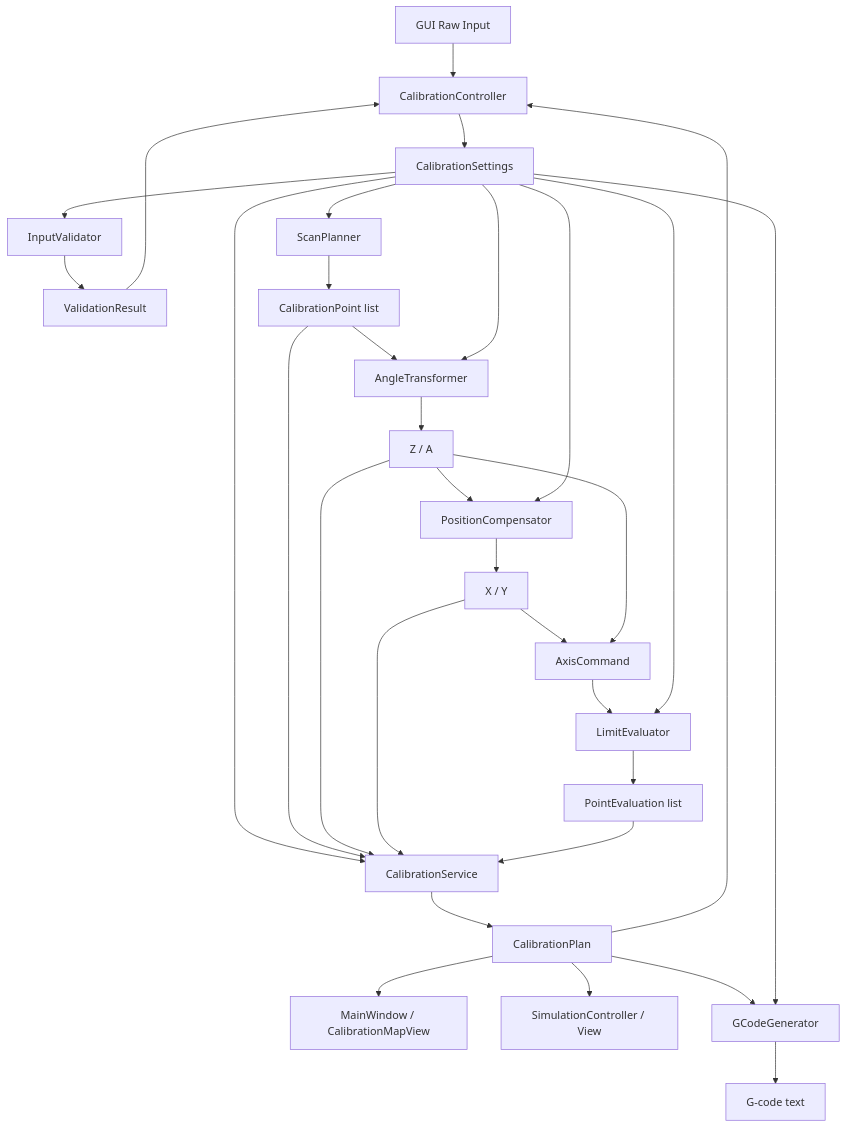
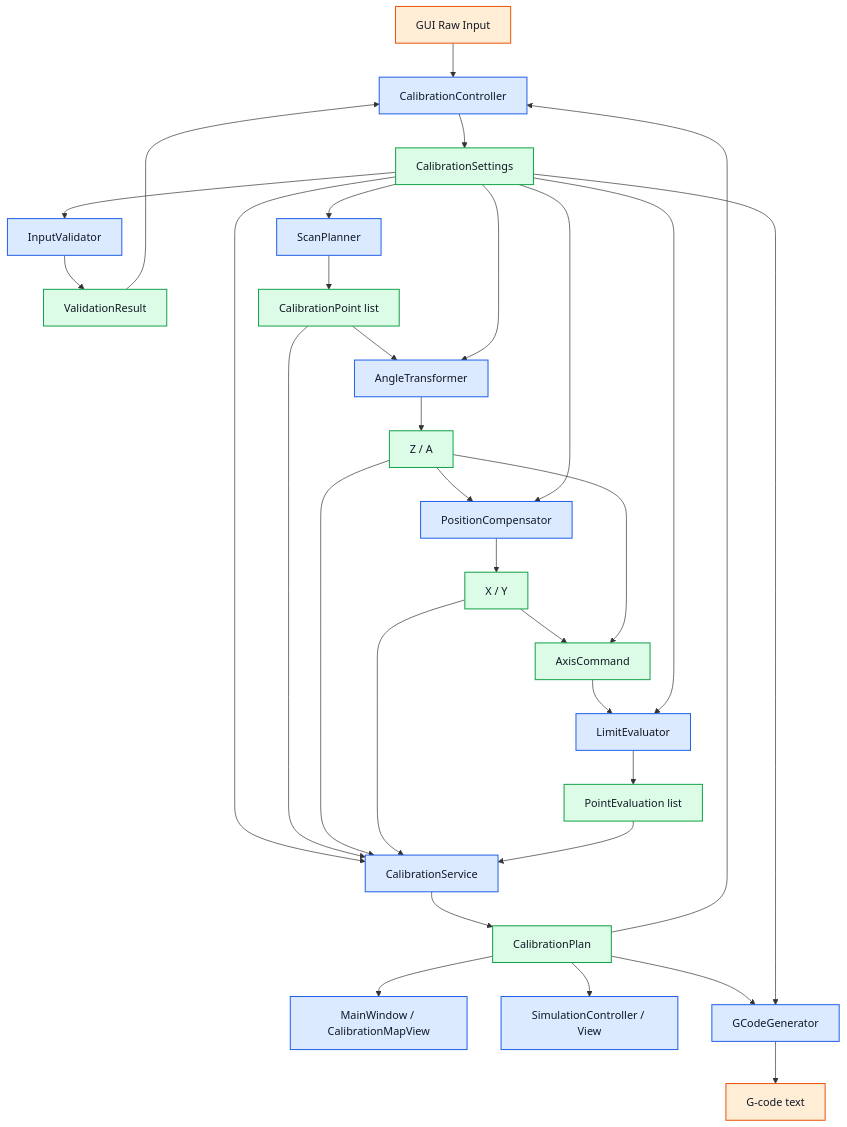
One commit to Pakfat50/FiveHolePitotTubeCalibration changed the tenth of 12 diagrams in docs/architecture_design.md. Above: the diagram before and after it, drawn with Mermaid. The commit also changed other lines of this file, not shown here.

Commit message:
docs: color-code data flow diagram

````diff
--- a/docs/architecture_design.md
+++ b/docs/architecture_design.md
@@ -445,60 +453,68 @@
 ```mermaid
 flowchart TB
     Raw[GUI Raw Input]
     Settings[CalibrationSettings]
     Validator[InputValidator]
     Validation[ValidationResult]
     Controller[CalibrationController]
     Service[CalibrationService]
     Scan[ScanPlanner]
     Points[CalibrationPoint list]
     Transform[AngleTransformer]
     Angles[Z / A]
     Position[PositionCompensator]
     XY[X / Y]
     Cmd[AxisCommand]
     Limit[LimitEvaluator]
     Eval[PointEvaluation list]
     Plan[CalibrationPlan]
     GUI[MainWindow / CalibrationMapView]
     Simulation[SimulationController / View]
     GCode[GCodeGenerator]
     NC[G-code text]
 
     Raw --> Controller
     Controller --> Settings
 
     Settings --> Validator
     Validator --> Validation
     Validation --> Controller
 
     Settings --> Service
     Settings --> Scan
     Scan --> Points
     Points --> Service
 
     Points --> Transform
     Settings --> Transform
     Transform --> Angles
     Angles --> Service
 
     Angles --> Position
     Settings --> Position
     Position --> XY
     XY --> Service
 
     XY --> Cmd
     Angles --> Cmd
     Cmd --> Limit
     Settings --> Limit
     Limit --> Eval
     Eval --> Service
 
     Service --> Plan
     Plan --> Controller
     Plan --> GUI
     Plan --> Simulation
     Plan --> GCode
     Settings --> GCode
     GCode --> NC
+
+    classDef module fill:#dbeafe,stroke:#2563eb,stroke-width:1.5px,color:#111827;
+    classDef data fill:#dcfce7,stroke:#16a34a,stroke-width:1.5px,color:#111827;
+    classDef external fill:#ffedd5,stroke:#ea580c,stroke-width:1.5px,color:#111827;
+
+    class Validator,Controller,Service,Scan,Transform,Position,Limit,GUI,Simulation,GCode module;
+    class Settings,Validation,Points,Angles,XY,Cmd,Eval,Plan data;
+    class Raw,NC external;
 ```
````
